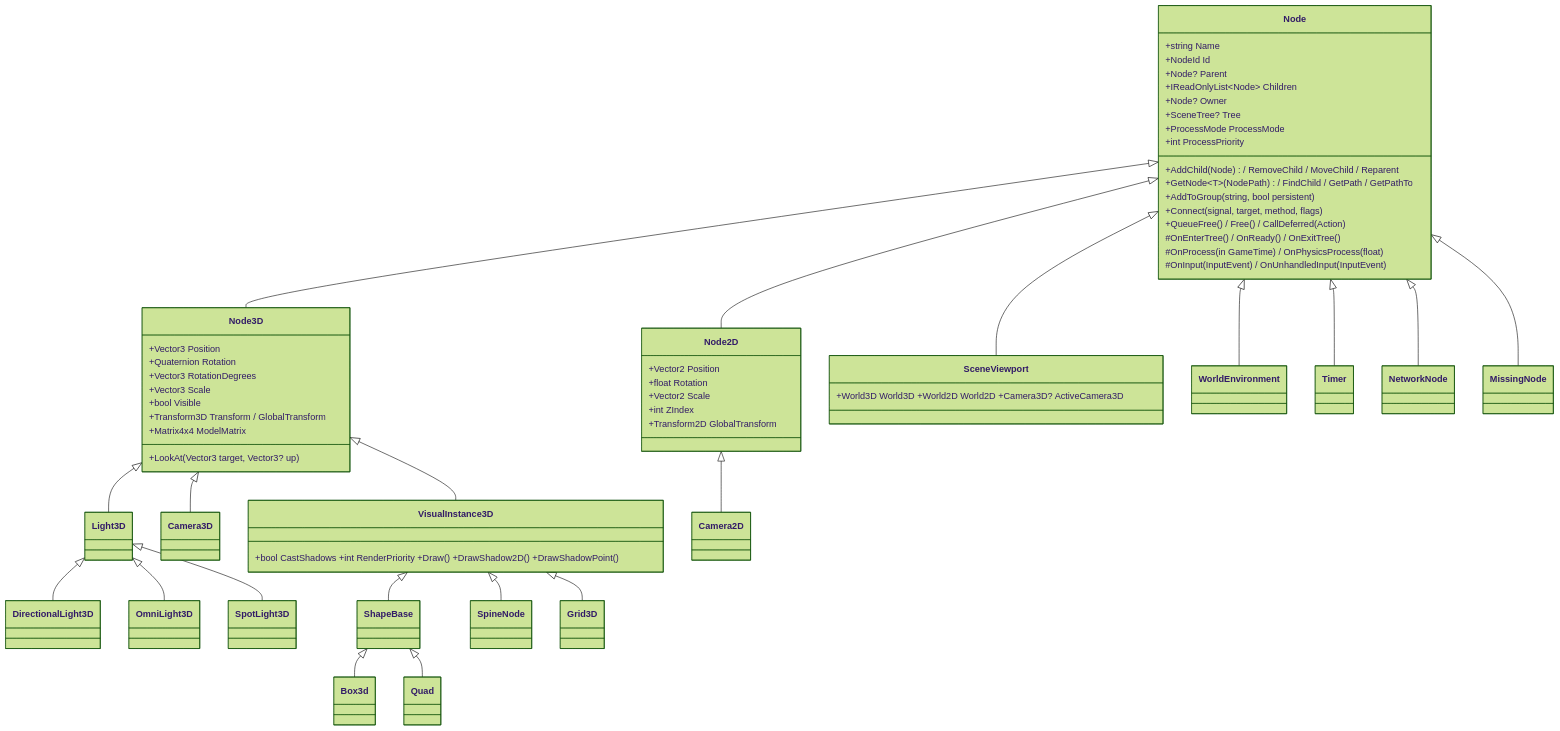
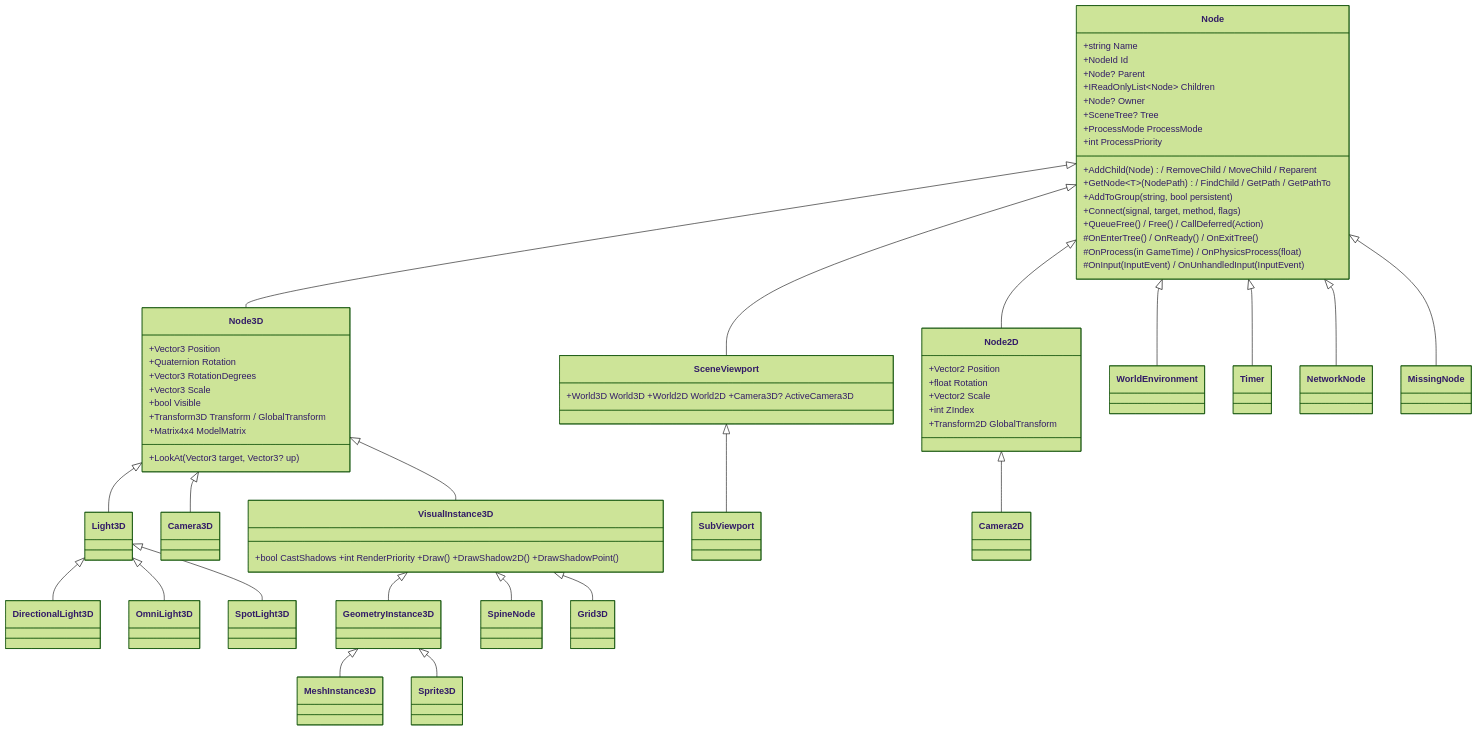
The first of 2 diagrams in docs/design/scene-graph-and-nodes.md (Mainframe-Games/mainframe-engine), drawn with Mermaid (forest theme) before and after one commit. The commit also changed other lines of this file and 29 other files, not shown here.

````diff
--- a/docs/design/scene-graph-and-nodes.md
+++ b/docs/design/scene-graph-and-nodes.md
@@ -19,59 +19,60 @@
 ```mermaid
 classDiagram
     class Node {
         +string Name
         +NodeId Id
         +Node? Parent
         +IReadOnlyList~Node~ Children
         +Node? Owner
         +SceneTree? Tree
         +ProcessMode ProcessMode
         +int ProcessPriority
         +AddChild(Node) / RemoveChild / MoveChild / Reparent
         +GetNode~T~(NodePath) / FindChild / GetPath / GetPathTo
         +AddToGroup(string, bool persistent)
         +Connect(signal, target, method, flags)
         +QueueFree() / Free() / CallDeferred(Action)
         #OnEnterTree() / OnReady() / OnExitTree()
         #OnProcess(in GameTime) / OnPhysicsProcess(float)
         #OnInput(InputEvent) / OnUnhandledInput(InputEvent)
     }
     class Node3D {
         +Vector3 Position
         +Quaternion Rotation
         +Vector3 RotationDegrees
         +Vector3 Scale
         +bool Visible
         +Transform3D Transform / GlobalTransform
         +Matrix4x4 ModelMatrix
         +LookAt(Vector3 target, Vector3? up)
     }
     class Node2D {
         +Vector2 Position
         +float Rotation
         +Vector2 Scale
         +int ZIndex
         +Transform2D GlobalTransform
     }
     class SceneViewport { +World3D World3D +World2D World2D +Camera3D? ActiveCamera3D }
     class VisualInstance3D { +bool CastShadows +int RenderPriority +Draw() +DrawShadow2D() +DrawShadowPoint() }
     Node <|-- Node3D
     Node <|-- Node2D
     Node <|-- SceneViewport
     Node <|-- WorldEnvironment
     Node <|-- Timer
     Node <|-- NetworkNode
     Node <|-- MissingNode
     Node3D <|-- VisualInstance3D
     Node3D <|-- Camera3D
     Node3D <|-- Light3D
     Light3D <|-- DirectionalLight3D
     Light3D <|-- OmniLight3D
     Light3D <|-- SpotLight3D
-    VisualInstance3D <|-- ShapeBase
-    ShapeBase <|-- Box3d
-    ShapeBase <|-- Quad
+    VisualInstance3D <|-- GeometryInstance3D
+    GeometryInstance3D <|-- MeshInstance3D
+    GeometryInstance3D <|-- Sprite3D
+    SceneViewport <|-- SubViewport
     VisualInstance3D <|-- SpineNode
     VisualInstance3D <|-- Grid3D
     Node2D <|-- Camera2D
 ```
````
